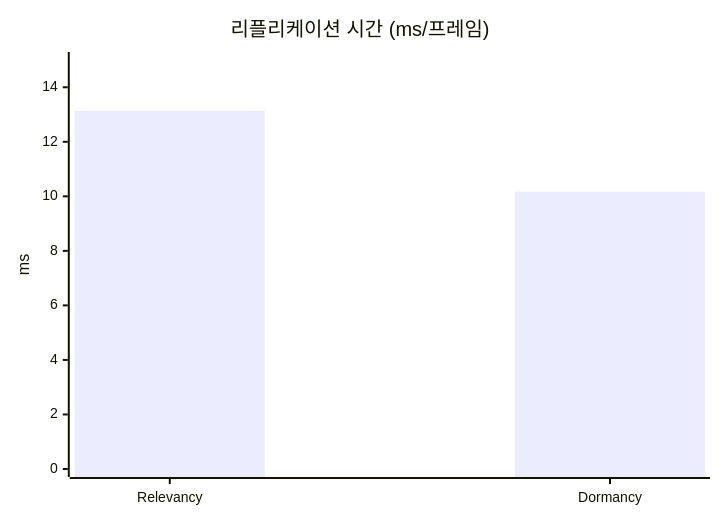
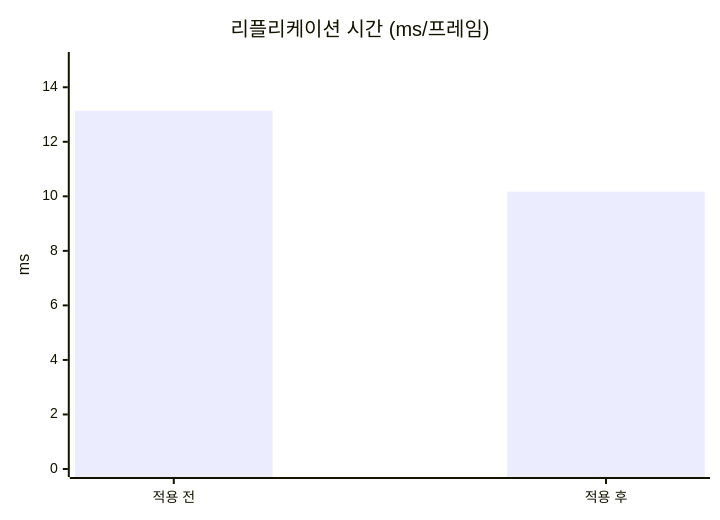
One commit to hon454/ue-dedicated-server-optimization-lab changed the third of 3 diagrams in Posts/03-dormancy/README.md. Above: the diagram before and after it, drawn with Mermaid. The commit also changed other lines of this file and 6 other files, not shown here.

````diff
--- a/Posts/03-dormancy/README.md
+++ b/Posts/03-dormancy/README.md
@@ -141,7 +115,7 @@
 ```mermaid
 xychart-beta
     title "리플리케이션 시간 (ms/프레임)"
-    x-axis ["Relevancy", "Dormancy"]
+    x-axis ["적용 전", "적용 후"]
     y-axis "ms" 0 --> 15
     bar [13.14, 10.17]
 ```
````
